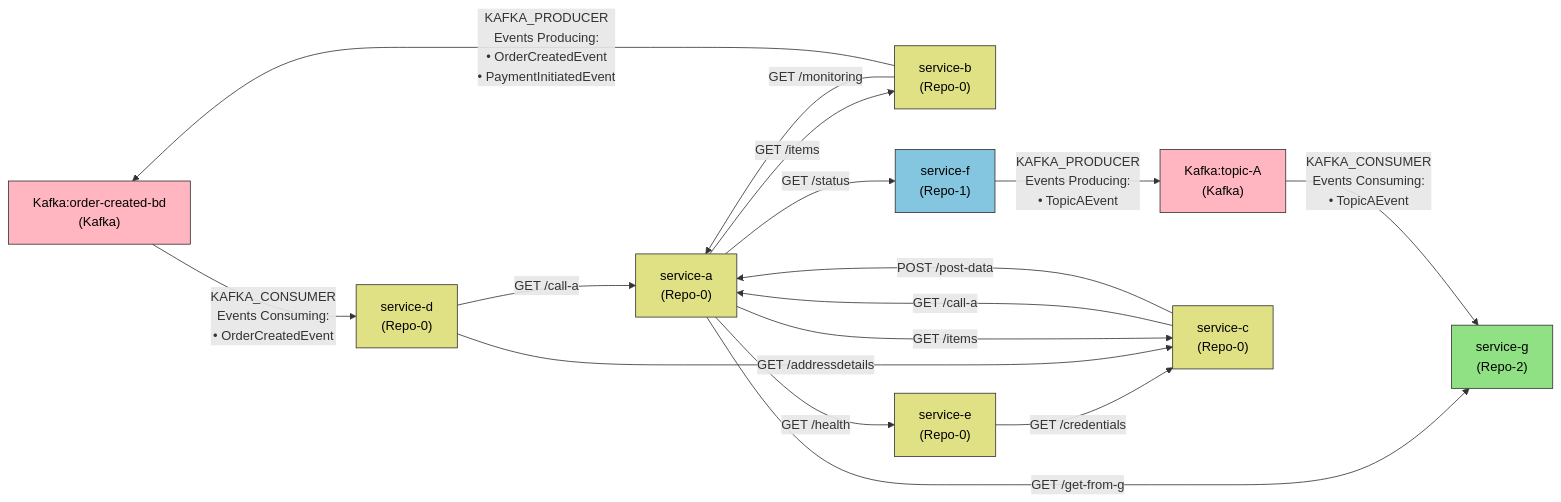
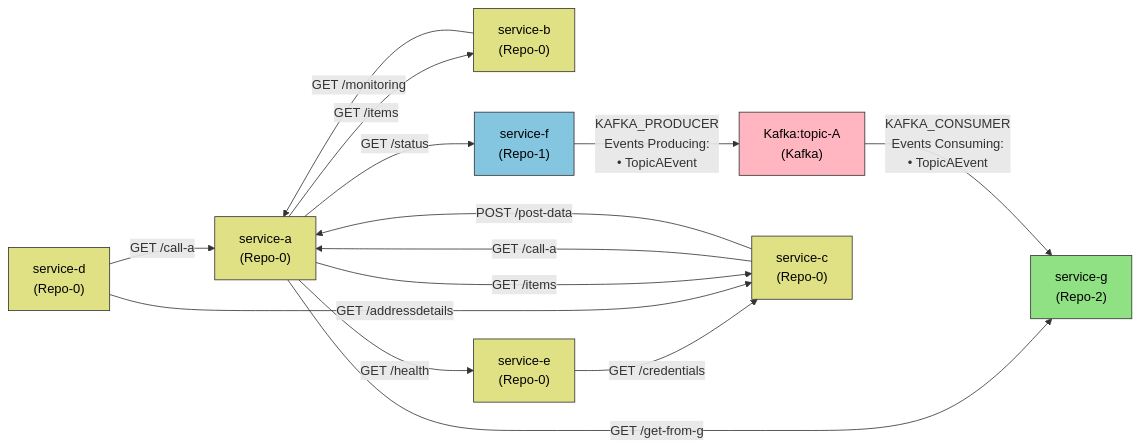
One commit to lokesh0507/First_project changed the diagram in output/deps.md. Above: the diagram before and after it, drawn with Mermaid. The commit also changed 1 other file, not shown here.

Commit message:
Auto-update dependency graph

````diff
--- a/output/deps.md
+++ b/output/deps.md
@@ -1,47 +1,43 @@
 ```mermaid
 graph LR
 classDef Kafka fill:#FFB6C1,stroke:#333,color:#000
 classDef Repo_0 fill:#E0E084,stroke:#333,color:#000
 classDef Repo_1 fill:#84C5E0,stroke:#333,color:#000
 classDef Repo_2 fill:#90E084,stroke:#333,color:#000
 
-  Kafka_order_created_bd["Kafka:order-created-bd
-(Kafka)"]
   Kafka_topic_A["Kafka:topic-A
 (Kafka)"]
   service_a["service-a
 (Repo-0)"]
   service_b["service-b
 (Repo-0)"]
   service_c["service-c
 (Repo-0)"]
   service_d["service-d
 (Repo-0)"]
   service_e["service-e
 (Repo-0)"]
   service_f["service-f
 (Repo-1)"]
   service_g["service-g
 (Repo-2)"]
 
   service_e -->|GET /credentials| service_c
   service_d -->|GET /call-a| service_a
   service_d -->|GET /addressdetails| service_c
   service_a -->|GET /items| service_b
   service_a -->|GET /items| service_c
   service_a -->|GET /health| service_e
   service_a -->|GET /get-from-g| service_g
   service_a -->|GET /status| service_f
   service_c -->|GET /call-a| service_a
   service_c -->|POST /post-data| service_a
   service_b -->|GET /monitoring| service_a
-  Kafka_order_created_bd -->|"KAFKA_CONSUMER<br/>Events Consuming:<br/>• OrderCreatedEvent"| service_d
-  service_b -->|"KAFKA_PRODUCER<br/>Events Producing:<br/>• OrderCreatedEvent<br/>• PaymentInitiatedEvent"| Kafka_order_created_bd
   Kafka_topic_A -->|"KAFKA_CONSUMER<br/>Events Consuming:<br/>• TopicAEvent"| service_g
   service_f -->|"KAFKA_PRODUCER<br/>Events Producing:<br/>• TopicAEvent"| Kafka_topic_A
 
-class Kafka_order_created_bd,Kafka_topic_A Kafka
+class Kafka_topic_A Kafka
 class service_a,service_b,service_c,service_d,service_e Repo_0
 class service_f Repo_1
 class service_g Repo_2
 ```
````
